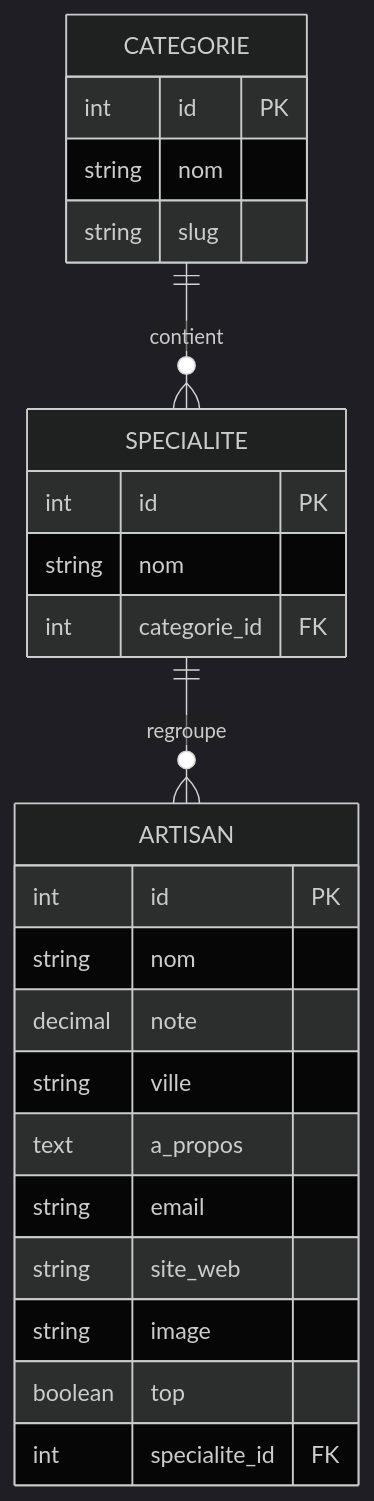
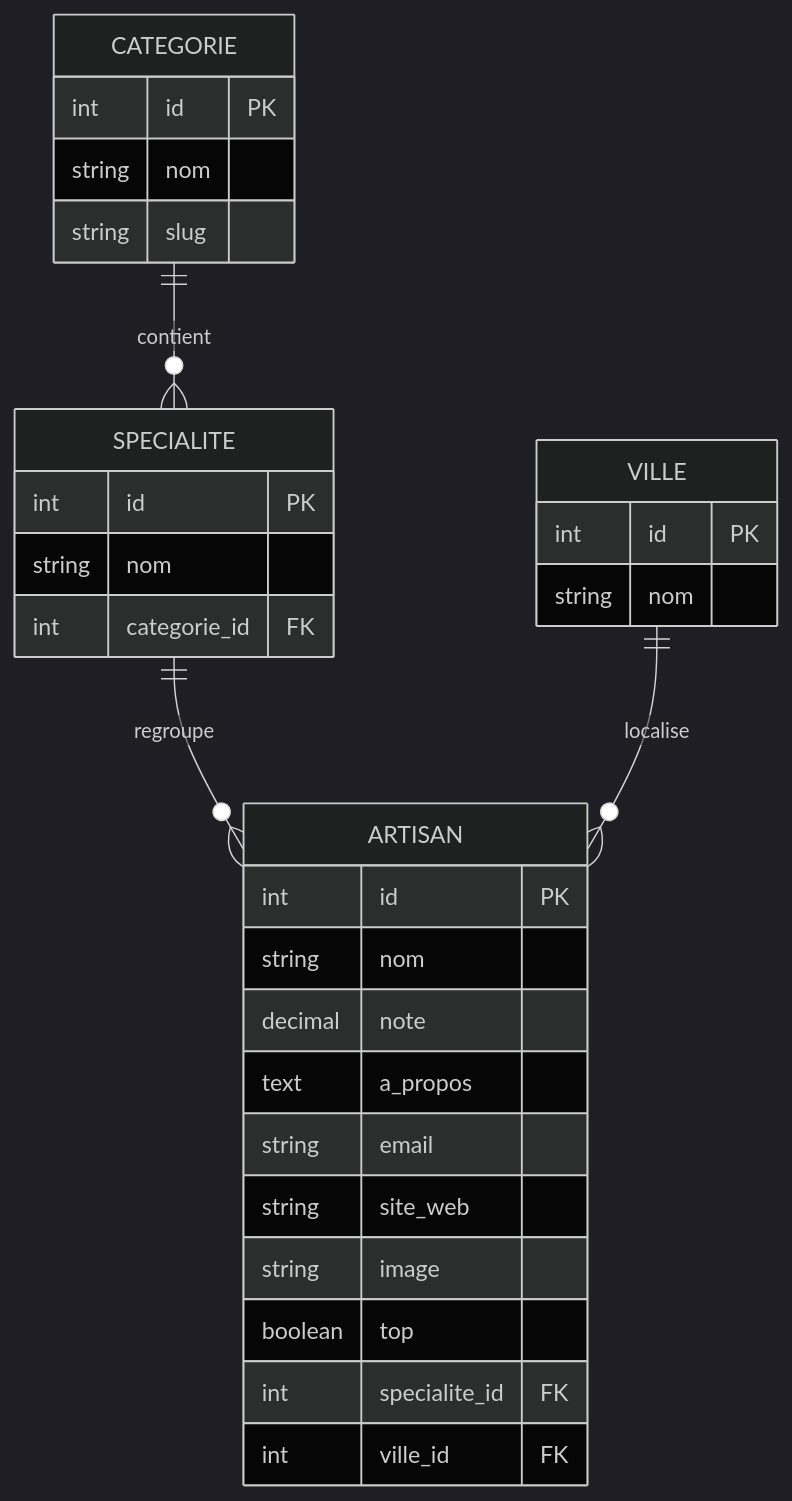
Before and after one commit to KiozTwo/Devoir-Trouve-ton-artisan: the diagram in docs/DOSSIER_FINAL.md, drawn with Mermaid (dark theme). The commit also changed other lines of this file and 42 other files, not shown here.

````diff
--- a/docs/DOSSIER_FINAL.md
+++ b/docs/DOSSIER_FINAL.md
@@ -49,8 +49,10 @@
 ```mermaid
 erDiagram
   CATEGORIE ||--o{ SPECIALITE : contient
   SPECIALITE ||--o{ ARTISAN : regroupe
+  VILLE ||--o{ ARTISAN : localise
   CATEGORIE { int id PK string nom string slug }
   SPECIALITE { int id PK string nom int categorie_id FK }
-  ARTISAN { int id PK string nom decimal note string ville text a_propos string email string site_web string image boolean top int specialite_id FK }
+  VILLE { int id PK string nom }
+  ARTISAN { int id PK string nom decimal note text a_propos string email string site_web string image boolean top int specialite_id FK int ville_id FK }
 ```
````
